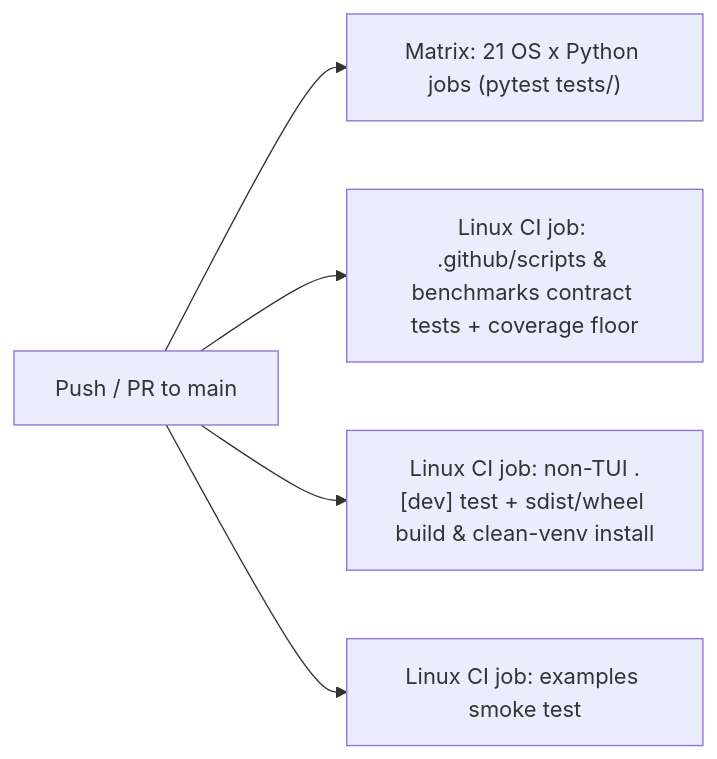
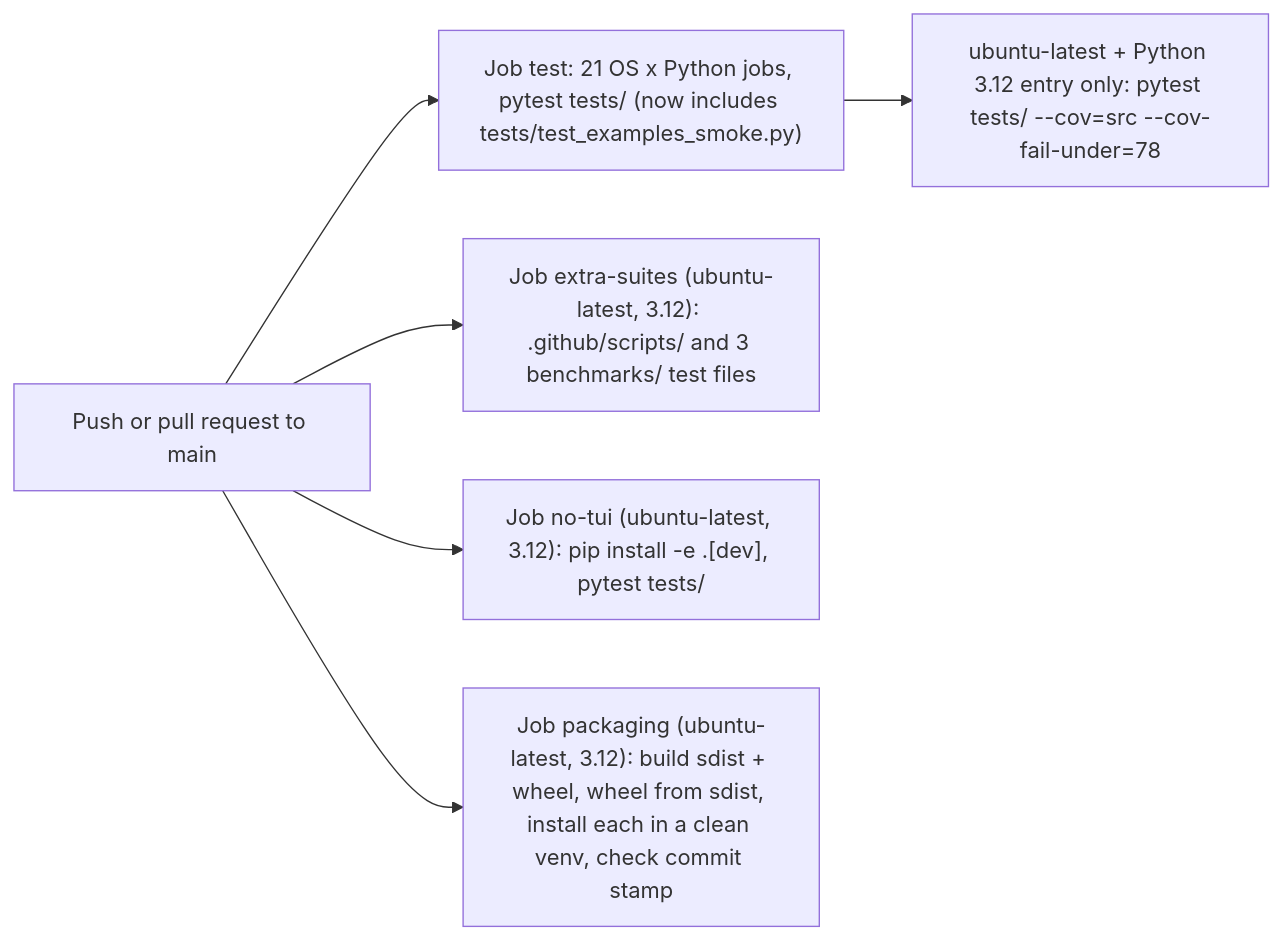
One commit to fariello/pubrun changed the diagram in .aw/records/plans/pending/20261123-test-audit-01-bzi46m-ci-pipeline-tox-excluded-suites-examples-and-coverage-gate.ipd.md. Above: the diagram before and after it, drawn with Mermaid. The commit also changed other lines of this file and 1 other file, not shown here.

````diff
--- a/.aw/records/plans/pending/20261123-test-audit-01-bzi46m-ci-pipeline-tox-excluded-suites-examples-and-coverage-gate.ipd.md
+++ b/.aw/records/plans/pending/20261123-test-audit-01-bzi46m-ci-pipeline-tox-excluded-suites-examples-and-coverage-gate.ipd.md
@@ -32,7 +37,8 @@
 ```mermaid
 flowchart LR
-    PUSH["Push / PR to main"] --> MAT["Matrix: 21 OS x Python jobs (pytest tests/)"]
-    PUSH --> AUX["Linux CI job: .github/scripts & benchmarks contract tests + coverage floor"]
-    PUSH --> PKG["Linux CI job: non-TUI .[dev] test + sdist/wheel build & clean-venv install"]
-    PUSH --> EX["Linux CI job: examples smoke test"]
+    PUSH["Push or pull request to main"] --> MAT["Job test: 21 OS x Python jobs, pytest tests/ (now includes tests/test_examples_smoke.py)"]
+    MAT --> COV["ubuntu-latest + Python 3.12 entry only: pytest tests/ --cov=src --cov-fail-under=78"]
+    PUSH --> AUX["Job extra-suites (ubuntu-latest, 3.12): .github/scripts/ and 3 benchmarks/ test files"]
+    PUSH --> NOTUI["Job no-tui (ubuntu-latest, 3.12): pip install -e .[dev], pytest tests/"]
+    PUSH --> PKG["Job packaging (ubuntu-latest, 3.12): build sdist + wheel, wheel from sdist, install each in a clean venv, check commit stamp"]
 ```
````
